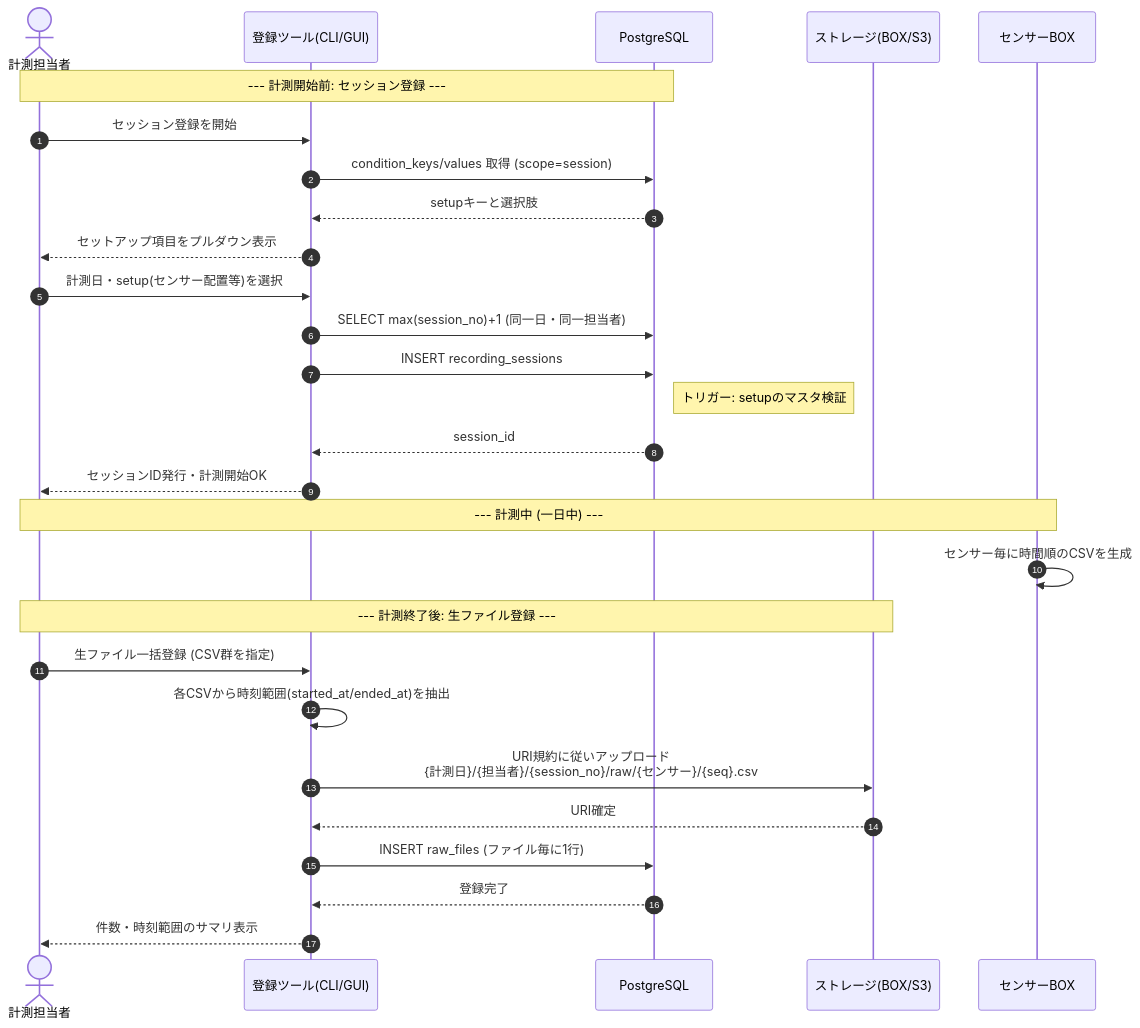
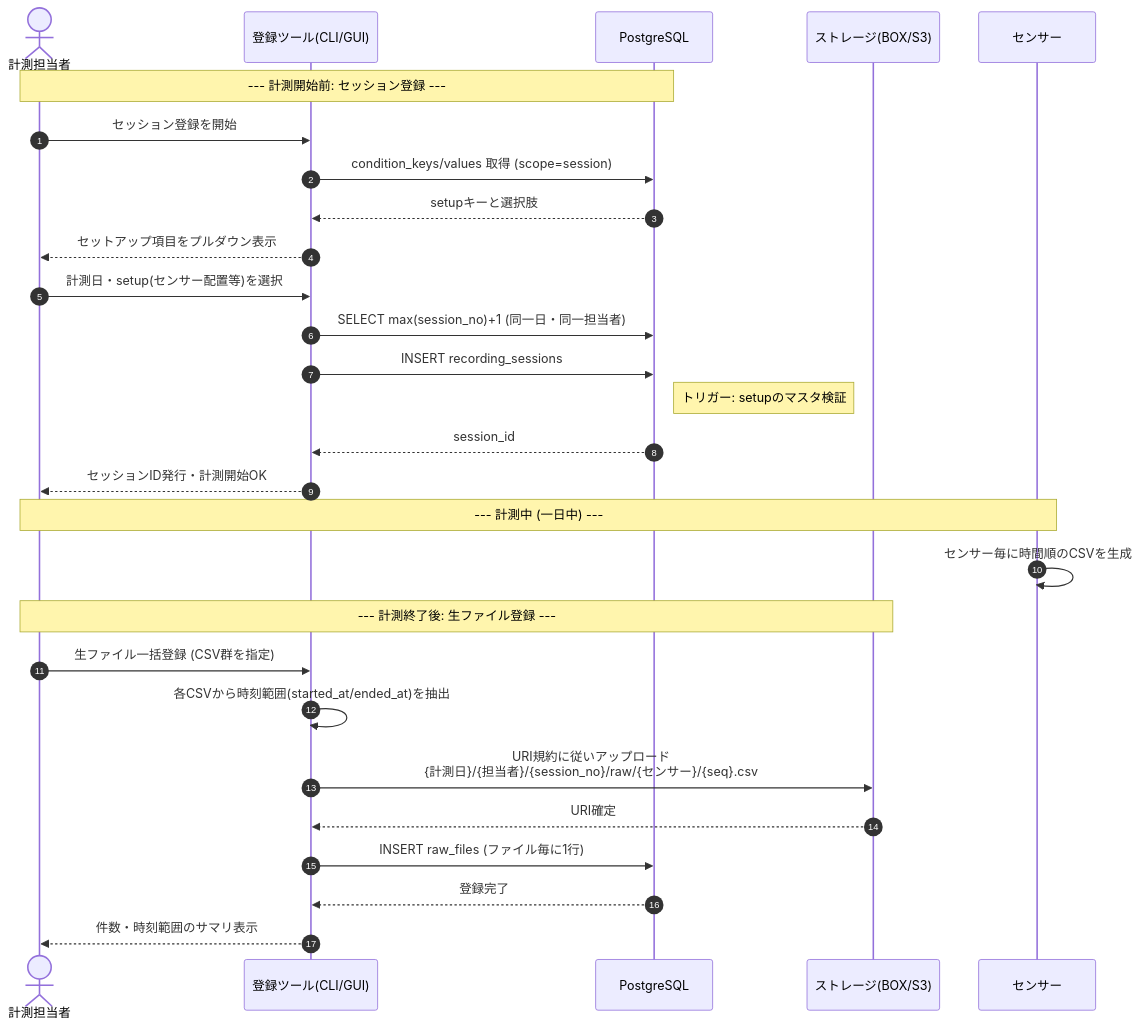
Before and after one commit to kotaroPurple/experimental_db_trial: the first of 4 diagrams in docs/sequence_diagrams.md, drawn with Mermaid.

Commit message:
modify sensor name

````diff
--- a/docs/sequence_diagrams.md
+++ b/docs/sequence_diagrams.md
@@ -6,34 +6,34 @@
 ```mermaid
 sequenceDiagram
     autonumber
     actor R as 計測担当者
     participant T as 登録ツール(CLI/GUI)
     participant DB as PostgreSQL
     participant ST as ストレージ(BOX/S3)
-    participant SB as センサーBOX
+    participant SB as センサー
 
     Note over R,DB: --- 計測開始前: セッション登録 ---
     R->>T: セッション登録を開始
     T->>DB: condition_keys/values 取得 (scope=session)
     DB-->>T: setupキーと選択肢
     T-->>R: セットアップ項目をプルダウン表示
     R->>T: 計測日・setup(センサー配置等)を選択
     T->>DB: SELECT max(session_no)+1 (同一日・同一担当者)
     T->>DB: INSERT recording_sessions
     Note right of DB: トリガー: setupのマスタ検証
     DB-->>T: session_id
     T-->>R: セッションID発行・計測開始OK
 
     Note over R,SB: --- 計測中 (一日中) ---
     SB->>SB: センサー毎に時間順のCSVを生成
 
     Note over R,ST: --- 計測終了後: 生ファイル登録 ---
     R->>T: 生ファイル一括登録 (CSV群を指定)
     T->>T: 各CSVから時刻範囲(started_at/ended_at)を抽出
     T->>ST: URI規約に従いアップロード<br/>{計測日}/{担当者}/{session_no}/raw/{センサー}/{seq}.csv
     ST-->>T: URI確定
     T->>DB: INSERT raw_files (ファイル毎に1行)
     DB-->>T: 登録完了
     T-->>R: 件数・時刻範囲のサマリ表示
 
 ```
````
